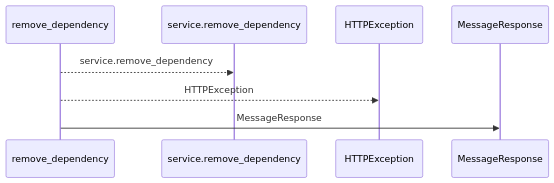
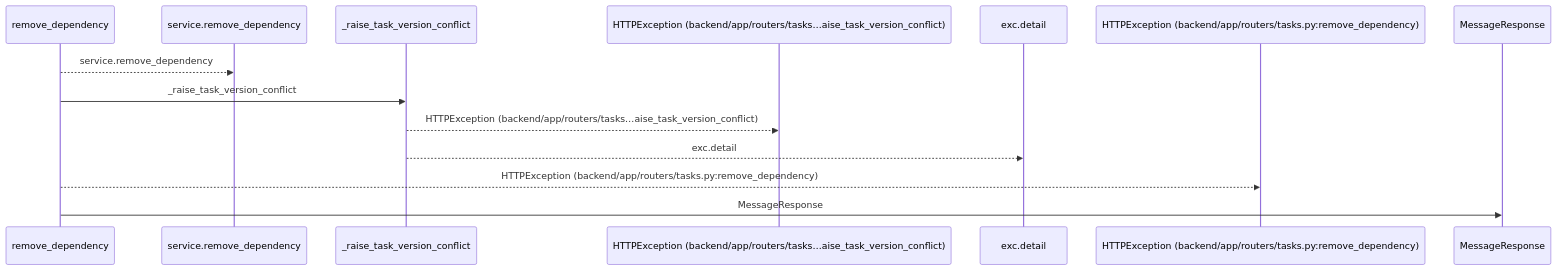
One commit to Denissvgn/WorkChord changed the first of 2 diagrams in docs/llm_wiki/flows/http-remove_dependency.md. Above: the diagram before and after it, drawn with Mermaid. The commit also changed other lines of this file and 6624 other files, not shown here.

````diff
--- a/docs/llm_wiki/flows/http-remove_dependency.md
+++ b/docs/llm_wiki/flows/http-remove_dependency.md
@@ -10,10 +10,16 @@
 ```mermaid
 sequenceDiagram
     participant p0 as remove_dependency
     participant p1 as service.remove_dependency
-    participant p2 as HTTPException
-    participant p3 as MessageResponse
+    participant p2 as _raise_task_version_conflict
+    participant p3 as HTTPException (backend/app/routers/tasks…aise_task_version_conflict)
+    participant p4 as exc.detail
+    participant p5 as HTTPException (backend/app/routers/tasks.py:remove_dependency)
+    participant p6 as MessageResponse
     p0-->>p1: service.remove_dependency
-    p0-->>p2: HTTPException
-    p0->>p3: MessageResponse
+    p0->>p2: _raise_task_version_conflict
+    p2-->>p3: HTTPException (backend/app/routers/tasks…aise_task_version_conflict)
+    p2-->>p4: exc.detail
+    p0-->>p5: HTTPException (backend/app/routers/tasks.py:remove_dependency)
+    p0->>p6: MessageResponse
 ```
````
